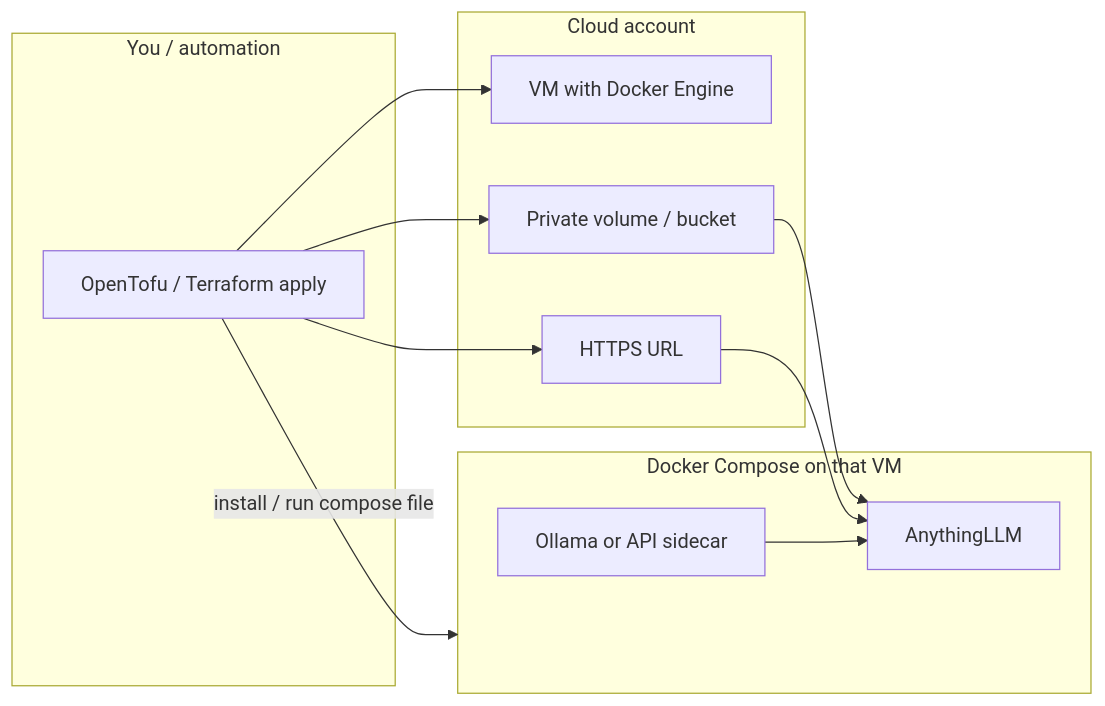
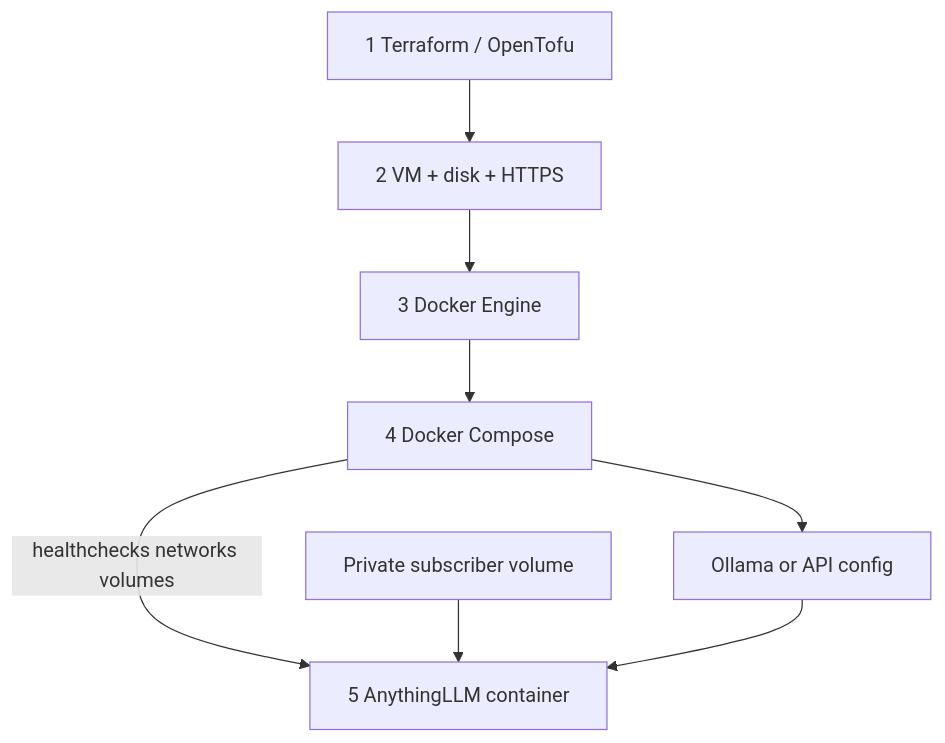
One commit to cameronhumdev/Autodesk-MCP changed the first of 3 diagrams in PLAN.md. Above: the diagram before and after it, drawn with Mermaid. The commit also changed other lines of this file and 1 other file, not shown here.

Commit message:
Make Docker Engine an explicit stack layer next to Compose and Terraform.

````diff
--- a/PLAN.md
+++ b/PLAN.md
@@ -62,22 +64,18 @@
 ```mermaid
-flowchart LR
-  subgraph ops [You / automation]
-    T[OpenTofu / Terraform apply]
-  end
-  subgraph cloud [Cloud account]
-    VM[VM with Docker Engine]
-    Vol[Private volume / bucket]
-    DNS[HTTPS URL]
-  end
-  subgraph compose [Docker Compose on that VM]
-    ALLM[AnythingLLM]
-    LLM[Ollama or API sidecar]
-  end
+flowchart TD
+  T[1 Terraform / OpenTofu]
+  VM[2 VM + disk + HTTPS]
+  DE[3 Docker Engine]
+  DC[4 Docker Compose]
+  ALLM[5 AnythingLLM container]
+  LLM[Ollama or API config]
+  Vol[Private subscriber volume]
+
   T --> VM
-  T --> Vol
-  T --> DNS
-  T -->|install / run compose file| compose
+  VM --> DE
+  DE --> DC
+  DC -->|healthchecks networks volumes| ALLM
+  DC --> LLM
   Vol --> ALLM
   LLM --> ALLM
-  DNS --> ALLM
 ```
````
